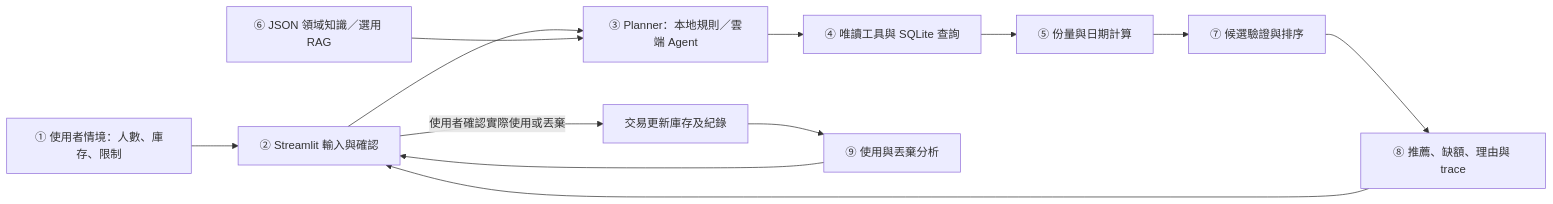
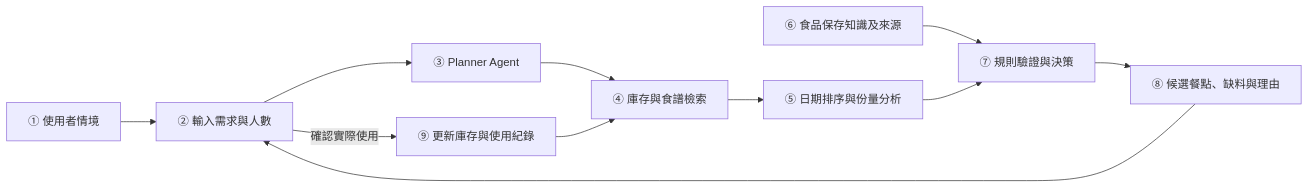
Before and after one commit to Wesley0628c/DIC3: the first of 2 diagrams in DESIGN.md, drawn with Mermaid. The commit also changed other lines of this file and 104 other files, not shown here.

````diff
--- a/DESIGN.md
+++ b/DESIGN.md
@@ -24,14 +21,13 @@
 ```mermaid
 flowchart LR
-  U["① 使用者情境：人數、庫存、限制"] --> UI["② Streamlit 輸入與確認"]
-  UI --> A["③ Planner：本地規則／雲端 Agent"]
-  A --> T["④ 唯讀工具與 SQLite 查詢"]
-  T --> E["⑤ 份量與日期計算"]
-  K["⑥ JSON 領域知識／選用 RAG"] --> A
-  E --> V["⑦ 候選驗證與排序"]
-  V --> O["⑧ 推薦、缺額、理由與 trace"]
+  U[① 使用者情境] --> UI[② 輸入需求與人數]
+  UI --> A[③ Planner Agent]
+  A --> DB[④ 庫存與食譜檢索]
+  DB --> E[⑤ 日期排序與份量分析]
+  K[⑥ 食品保存知識及來源] --> V[⑦ 規則驗證與決策]
+  E --> V
+  V --> O[⑧ 候選餐點、缺料與理由]
   O --> UI
-  UI -->|使用者確認實際使用或丟棄| W["交易更新庫存及紀錄"]
-  W --> H["⑨ 使用與丟棄分析"]
-  H --> UI
+  UI -->|確認實際使用| H[⑨ 更新庫存與使用紀錄]
+  H --> DB
 ```
````
